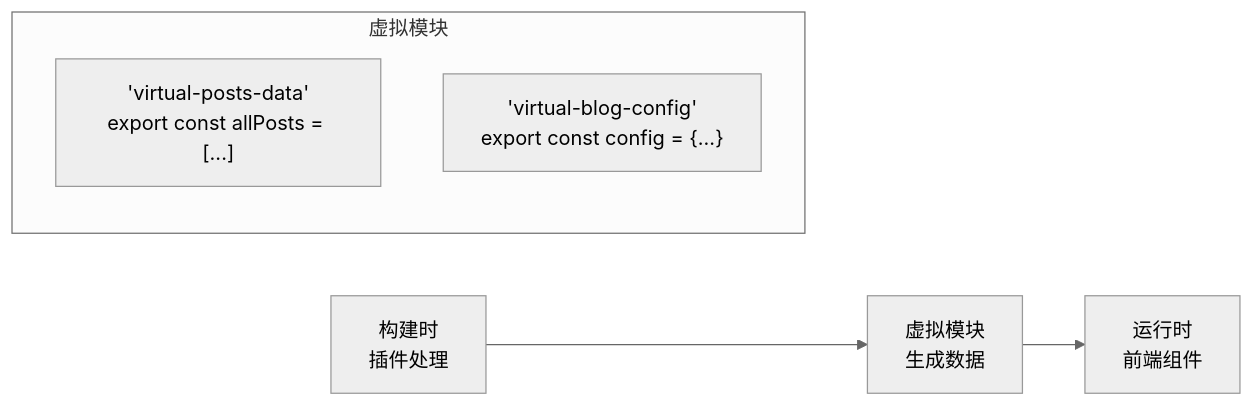
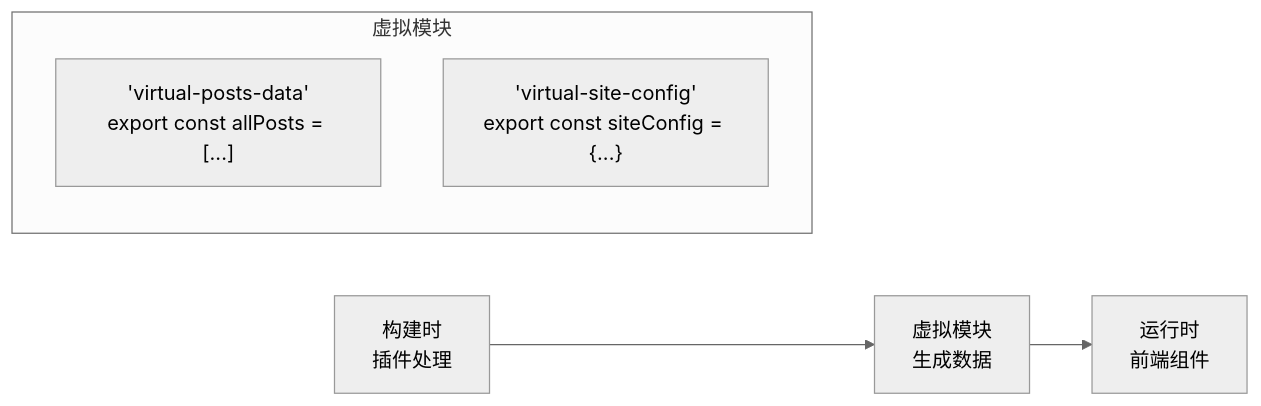
One commit to wu9o/cogita changed the fifth of 8 diagrams in docs-site/content/api/architecture-design.md. Above: the diagram before and after it, drawn with Mermaid (neutral theme). The commit also changed other lines of this file and 72 other files, not shown here.

````diff
--- a/docs-site/content/api/architecture-design.md
+++ b/docs-site/content/api/architecture-design.md
@@ -342,10 +341,10 @@
 ```mermaid
 graph LR
     A[构建时<br/>插件处理] --> B[虚拟模块<br/>生成数据]
     B --> C[运行时<br/>前端组件]
     
     subgraph "虚拟模块"
         D["'virtual-posts-data'<br/>export const allPosts = [...]"]
-        E["'virtual-blog-config'<br/>export const config = {...}"]
+        E["'virtual-site-config'<br/>export const siteConfig = {...}"]
     end
 ```
````
